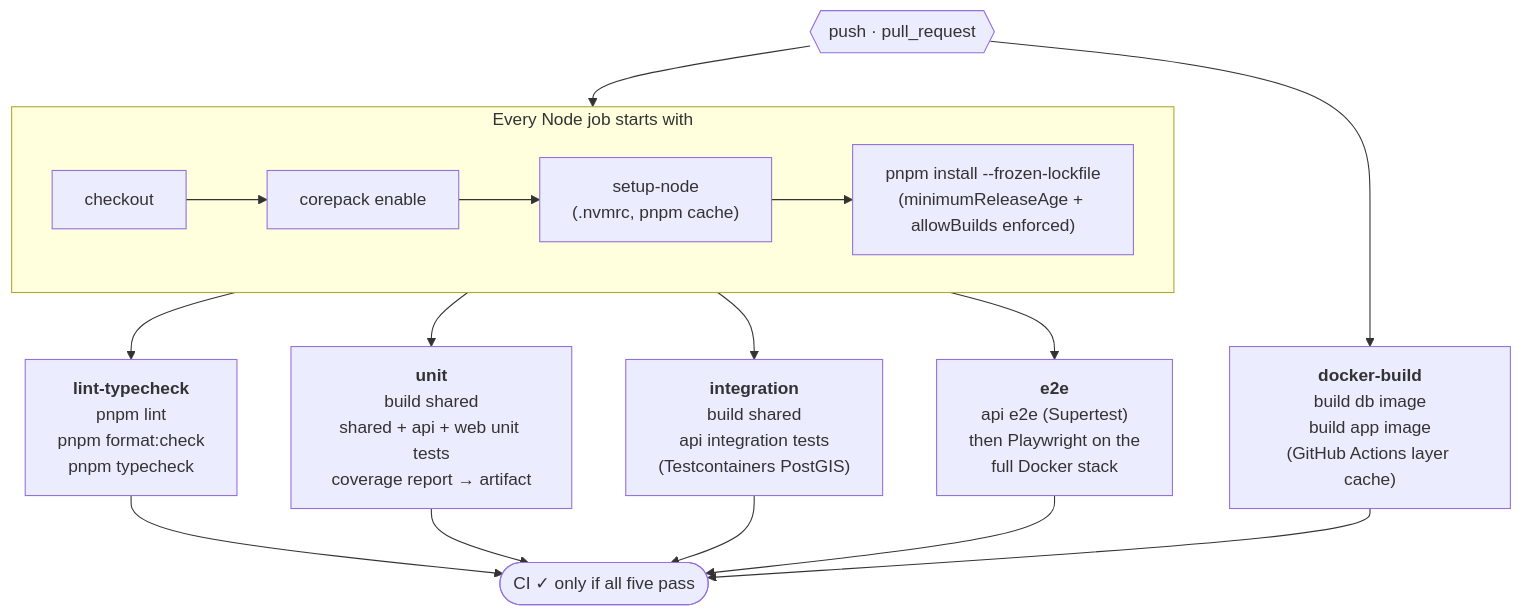
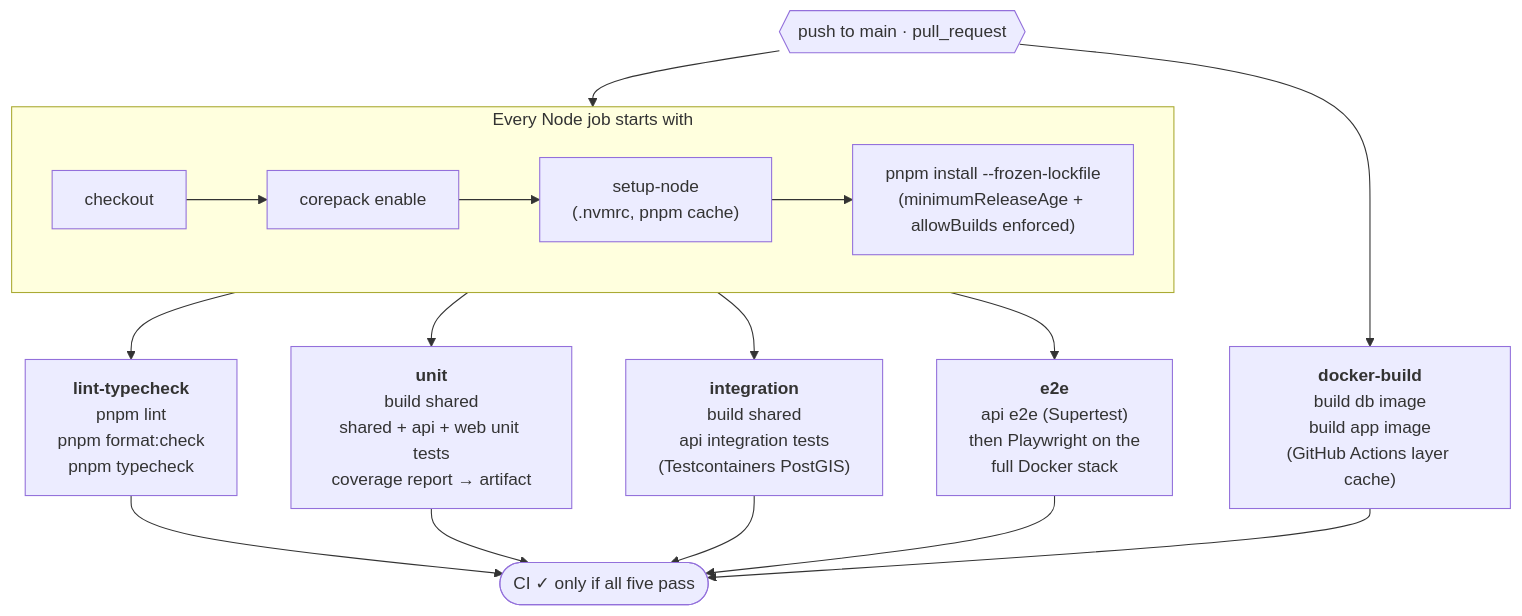
Before and after one commit to jvswatson/location-search: the second of 3 diagrams in docs/CI.md, drawn with Mermaid. The commit also changed other lines of this file and 2 other files, not shown here.

First line of the commit message:
ci: run push builds on main only to avoid duplicate PR runs

````diff
--- a/docs/CI.md
+++ b/docs/CI.md
@@ -42,19 +42,19 @@
 ```mermaid
 flowchart TB
-  trigger{{"push · pull_request"}} --> setup
+  trigger{{"push to main · pull_request"}} --> setup
 
   subgraph setup["Every Node job starts with"]
     s1["checkout"] --> s2["corepack enable"] --> s3["setup-node<br/>(.nvmrc, pnpm cache)"] --> s4["pnpm install --frozen-lockfile<br/>(minimumReleaseAge + allowBuilds enforced)"]
   end
 
   setup --> lint & unit & integ & e2e
   trigger --> docker
 
   lint["<b>lint-typecheck</b><br/>pnpm lint<br/>pnpm format:check<br/>pnpm typecheck"]
   unit["<b>unit</b><br/>build shared<br/>shared + api + web unit tests<br/>coverage report → artifact"]
   integ["<b>integration</b><br/>build shared<br/>api integration tests<br/>(Testcontainers PostGIS)"]
   e2e["<b>e2e</b><br/>api e2e (Supertest)<br/>then Playwright on the<br/>full Docker stack"]
   docker["<b>docker-build</b><br/>build db image<br/>build app image<br/>(GitHub Actions layer cache)"]
 
   lint & unit & integ & e2e & docker --> result(["CI ✓ only if all five pass"])
 ```
````
